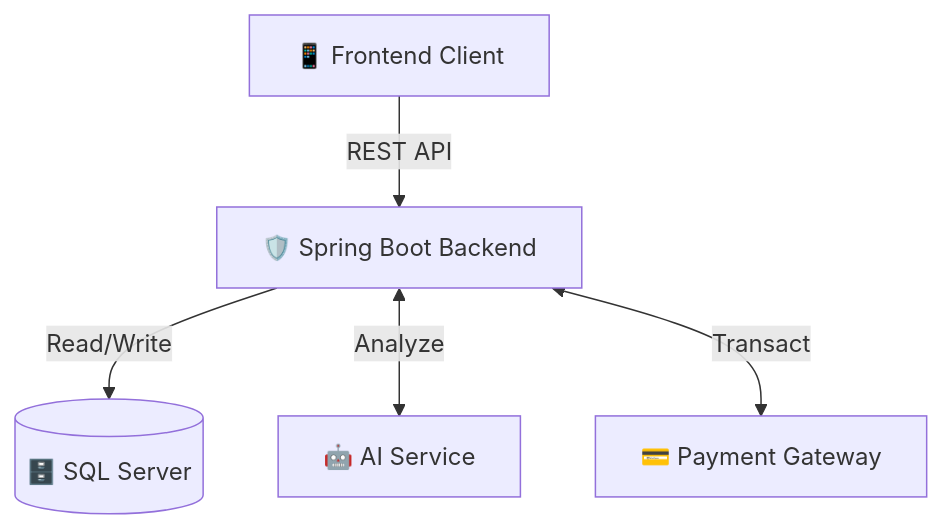
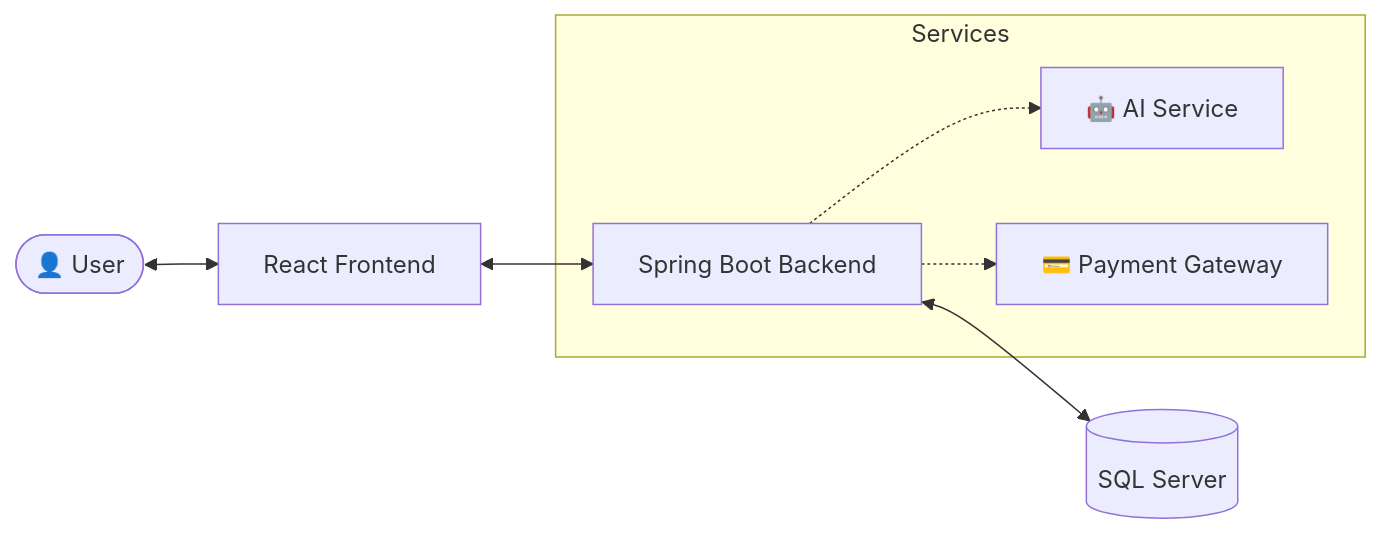
One commit to nguyendinhthanhh/ecommerce-platform changed the first of 2 diagrams in README.md. Above: the diagram before and after it, drawn with Mermaid. The commit also changed other lines of this file, not shown here.

````diff
--- a/README.md
+++ b/README.md
@@ -152,7 +167,11 @@
 ```mermaid
-graph TD
-    Client[📱 Frontend Client] -->|REST API| API[🛡️ Spring Boot Backend]
-    API -->|Read/Write| DB[(🗄️ SQL Server)]
-    API <-->|Analyze| AI[🤖 AI Service]
-    API <-->|Transact| Payment[💳 Payment Gateway]
+graph LR
+    User([👤 User]) <--> Client[React Frontend]
+    Client <--> API[Spring Boot Backend]
+    API <--> DB[(SQL Server)]
+
+    subgraph Services
+        API -.-> AI[🤖 AI Service]
+        API -.-> Pay[💳 Payment Gateway]
+    end
 ```
````
